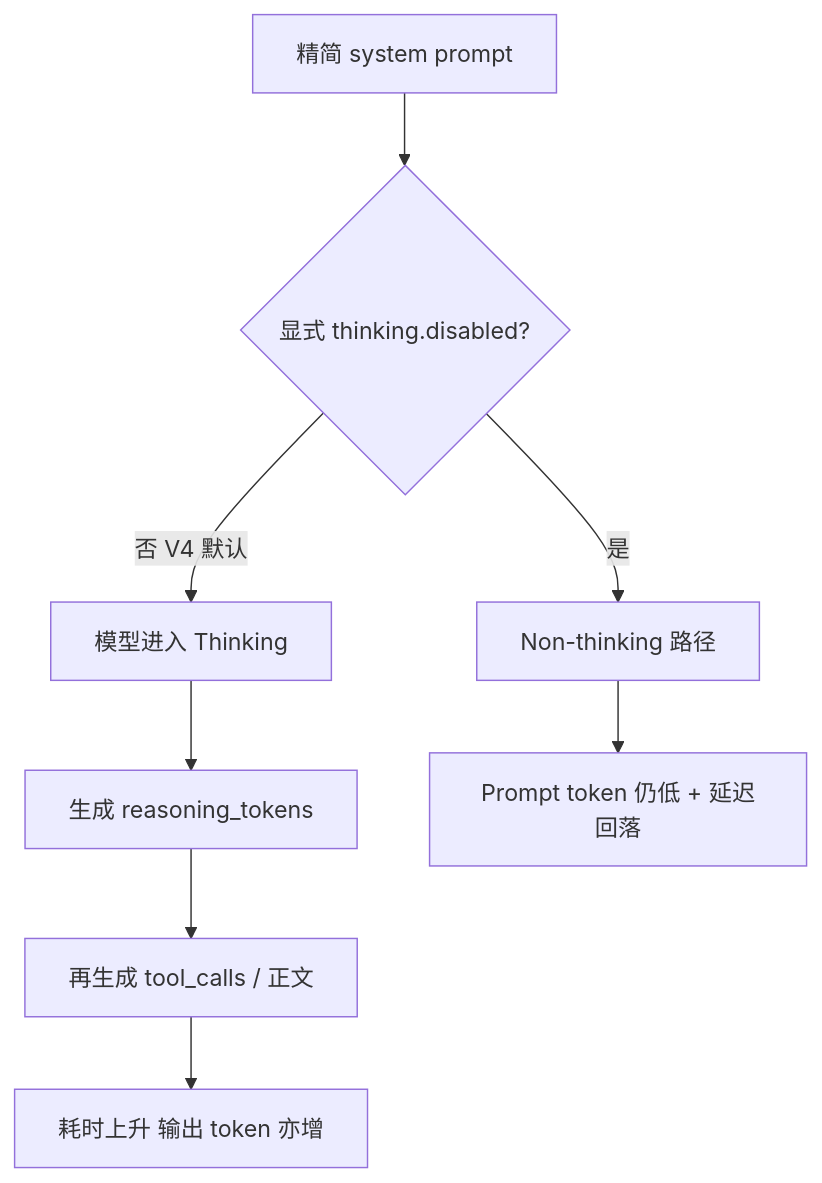
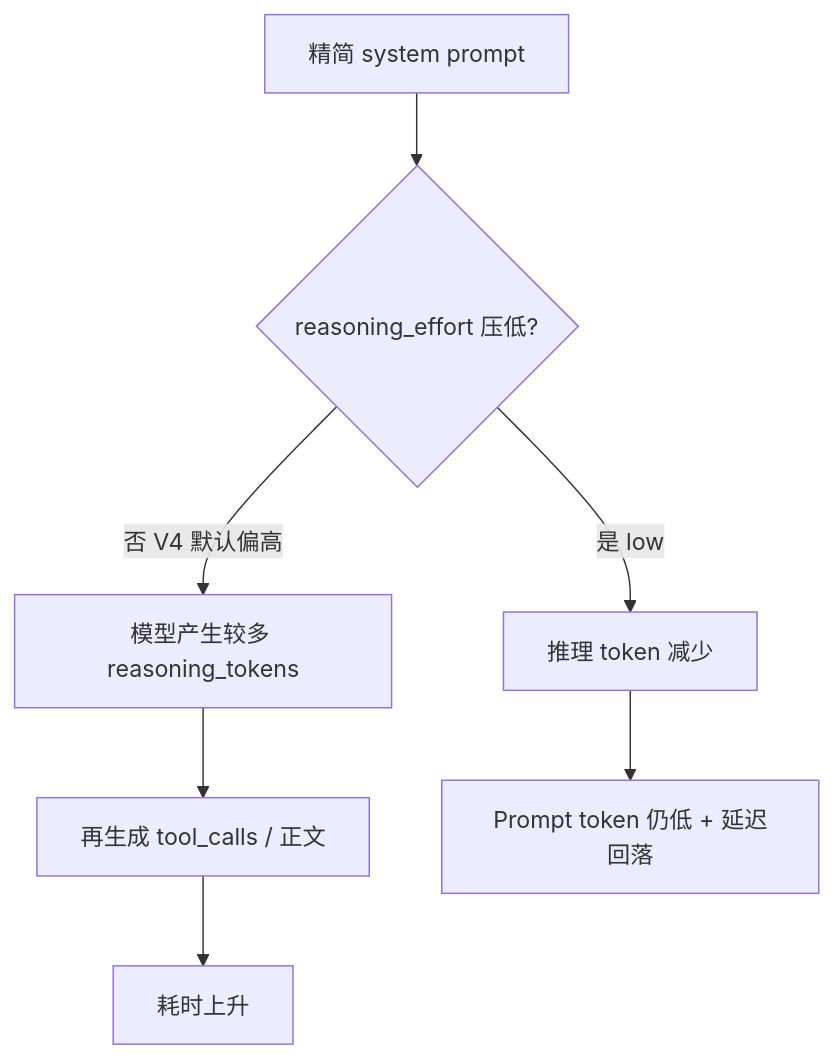
The diagram in docs/knowledge/M11.1-slim-prompt-reasoning-latency.md (duruo850/llm-agent-workbench), drawn with Mermaid before and after one commit. The commit also changed other lines of this file and 7 other files, not shown here.

````diff
--- a/docs/knowledge/M11.1-slim-prompt-reasoning-latency.md
+++ b/docs/knowledge/M11.1-slim-prompt-reasoning-latency.md
@@ -44,10 +44,9 @@
 ```mermaid
 flowchart TD
-  A[精简 system prompt] --> B{显式 thinking.disabled?}
-  B -->|否 V4 默认| C[模型进入 Thinking]
-  C --> D[生成 reasoning_tokens]
-  D --> E[再生成 tool_calls / 正文]
-  E --> F[耗时上升 输出 token 亦增]
-  B -->|是| G[Non-thinking 路径]
-  G --> H[Prompt token 仍低 + 延迟回落]
+  A[精简 system prompt] --> B{reasoning_effort 压低?}
+  B -->|否 V4 默认偏高| C[模型产生较多 reasoning_tokens]
+  C --> D[再生成 tool_calls / 正文]
+  D --> E[耗时上升]
+  B -->|是 low| F[推理 token 减少]
+  F --> G[Prompt token 仍低 + 延迟回落]
 ```
````
